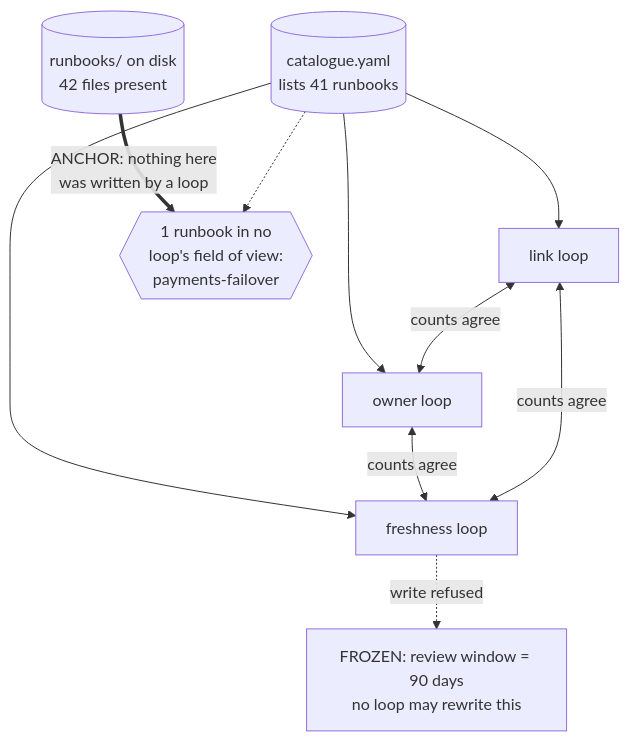
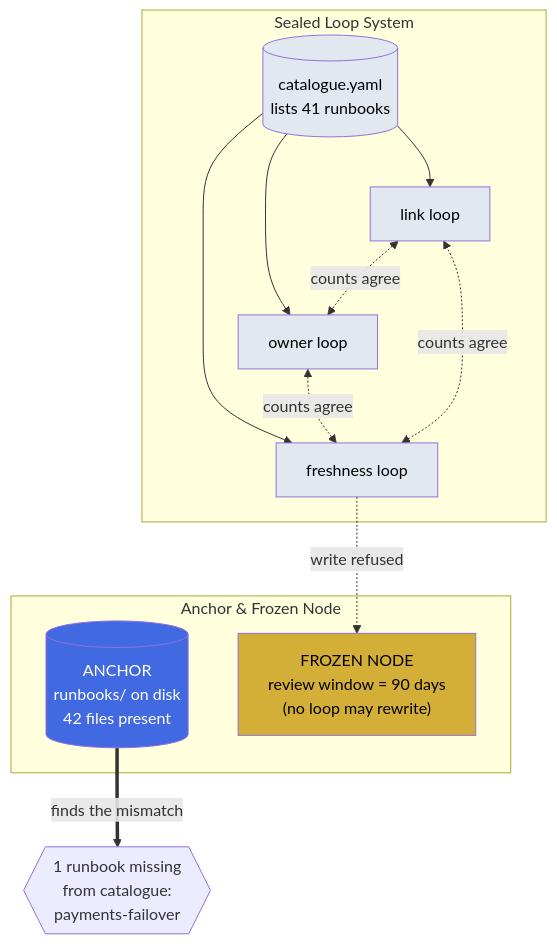
The diagram in docs/07-part-5-the-graph-of-loops/step-13-anchors-and-frozen-nodes.md (ayeshakhalid192007-dev/graph-engineering-crash-course), drawn with Mermaid before and after one commit. The commit also changed other lines of this file and 17 other files, not shown here.

First line of the commit message:
Add Mermaid diagrams to core documentation files

````diff
--- a/docs/07-part-5-the-graph-of-loops/step-13-anchors-and-frozen-nodes.md
+++ b/docs/07-part-5-the-graph-of-loops/step-13-anchors-and-frozen-nodes.md
@@ -48,20 +48,30 @@
 ```mermaid
 flowchart TB
-    CAT[("catalogue.yaml<br/>lists 41 runbooks")]
-    L1["link loop"]
-    L2["owner loop"]
-    L3["freshness loop"]
-    CAT --> L1
-    CAT --> L2
-    CAT --> L3
-    L1 <-- "counts agree" --> L2
-    L2 <-- "counts agree" --> L3
-    L3 <-- "counts agree" --> L1
+    subgraph "Sealed Loop System"
+        CAT[("catalogue.yaml<br/>lists 41 runbooks")]
+        L1["link loop"]
+        L2["owner loop"]
+        L3["freshness loop"]
+        
+        CAT --> L1 & L2 & L3
+        L1 <-. "counts agree" .-> L2
+        L2 <-. "counts agree" .-> L3
+        L3 <-. "counts agree" .-> L1
+        
+        style CAT fill:#E2E8F0,color:#000000
+        style L1 fill:#E2E8F0,color:#000000
+        style L2 fill:#E2E8F0,color:#000000
+        style L3 fill:#E2E8F0,color:#000000
+    end
 
-    DISK[("runbooks/ on disk<br/>42 files present")]
-    DISK == "ANCHOR: nothing here<br/>was written by a loop" ==> GAP{{"1 runbook in no<br/>loop's field of view:<br/>payments-failover"}}
-    CAT -.-> GAP
+    subgraph "Anchor & Frozen Node"
+        DISK[("ANCHOR<br/>runbooks/ on disk<br/>42 files present")]
+        RULE["FROZEN NODE<br/>review window = 90 days<br/>(no loop may rewrite)"]
+        
+        style DISK fill:#4169E1,color:#FFFFFF
+        style RULE fill:#D4AF37,color:#000000
+    end
 
-    RULE["FROZEN: review window = 90 days<br/>no loop may rewrite this"]
+    DISK == "finds the mismatch" ==> GAP{{"1 runbook missing<br/>from catalogue:<br/>payments-failover"}}
     L3 -. "write refused" .-> RULE
 ```
````
